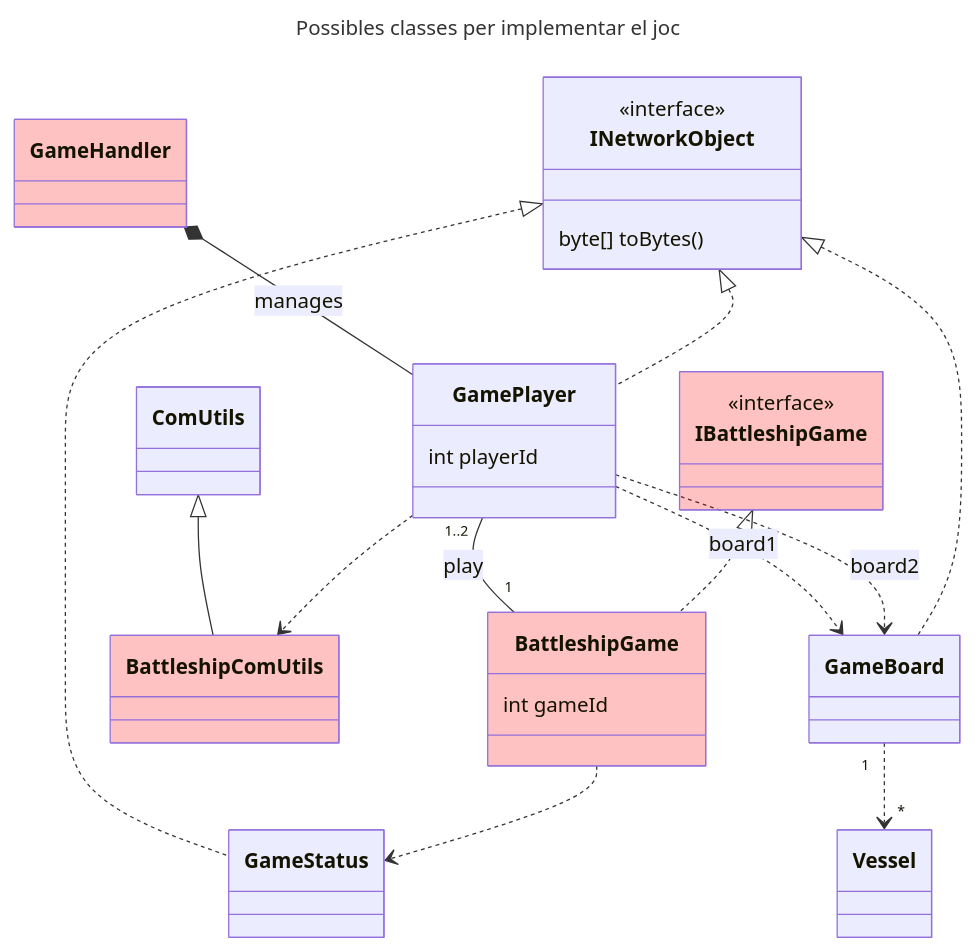
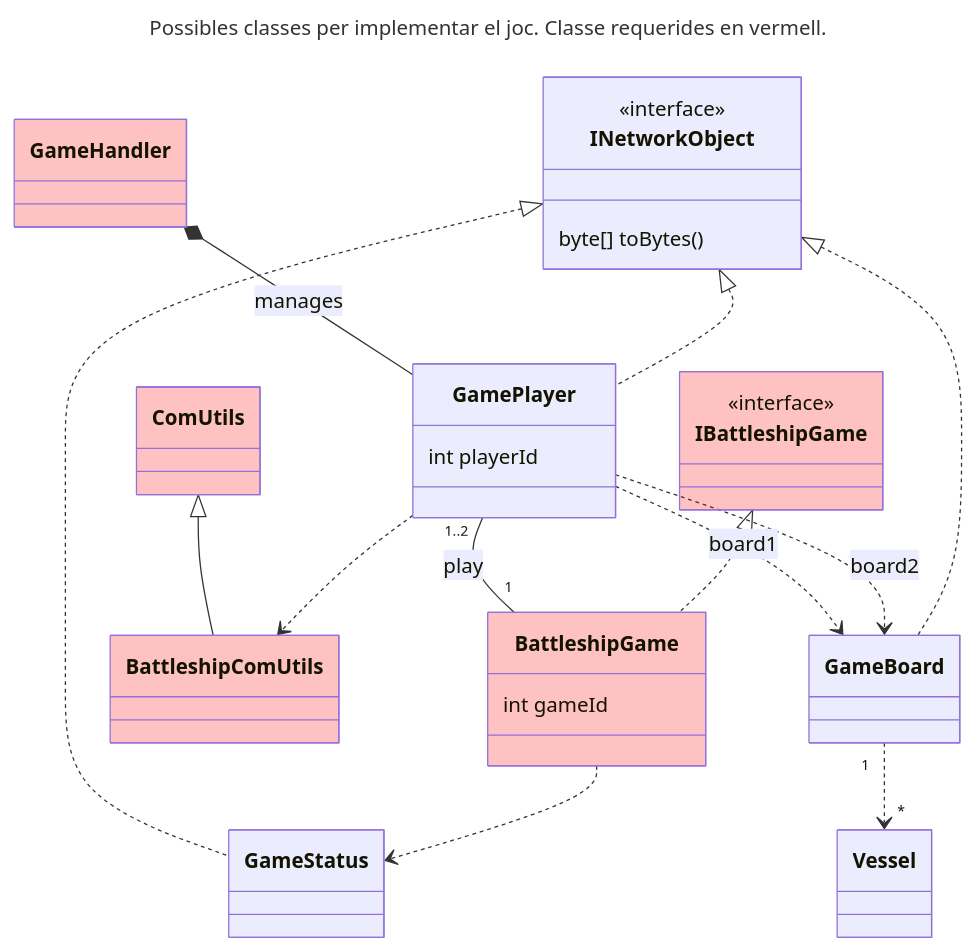
One commit to SoftwareDistribuitUB-2025/Enunciat_P1 changed the diagram in Sessions/sessio_1.md. Above: the diagram before and after it, drawn with Mermaid. The commit also changed other lines of this file and 7 other files, not shown here.

````diff
--- a/Sessions/sessio_1.md
+++ b/Sessions/sessio_1.md
@@ -10,40 +19,40 @@
 ```mermaid
 ---
-title: Possibles classes per implementar el joc
+title: Possibles classes per implementar el joc. Classe requerides en vermell.
 ---
 classDiagram    
-    class ComUtils
+    class ComUtils:::mandatoryClass
     class GameHandler:::mandatoryClass
     class BattleshipGame:::mandatoryClass {
         int gameId
     }
     class GamePlayer {        
         int playerId        
     }
     class INetworkObject {
         <<interface>>
         byte[] toBytes()
     }    
     class GameStatus
     class Vessel
     class BattleshipComUtils:::mandatoryClass
     class GameBoard
     class IBattleshipGame:::mandatoryClass {
         <<interface>>        
     }
     ComUtils <|-- BattleshipComUtils     
     GameHandler *-- GamePlayer: manages
     GamePlayer "1..2" -- "1" BattleshipGame:play       
     IBattleshipGame <|.. BattleshipGame
     GamePlayer ..> GameBoard: board1
     GamePlayer ..> GameBoard: board2
     INetworkObject <|.. GameBoard
     INetworkObject <|.. GamePlayer
     INetworkObject <|.. GameStatus
     GamePlayer ..> BattleshipComUtils
     BattleshipGame ..> GameStatus
     GameBoard "1" ..> "*" Vessel
 
     classDef mandatoryClass fill:#ff00003d
 
 ```
````
